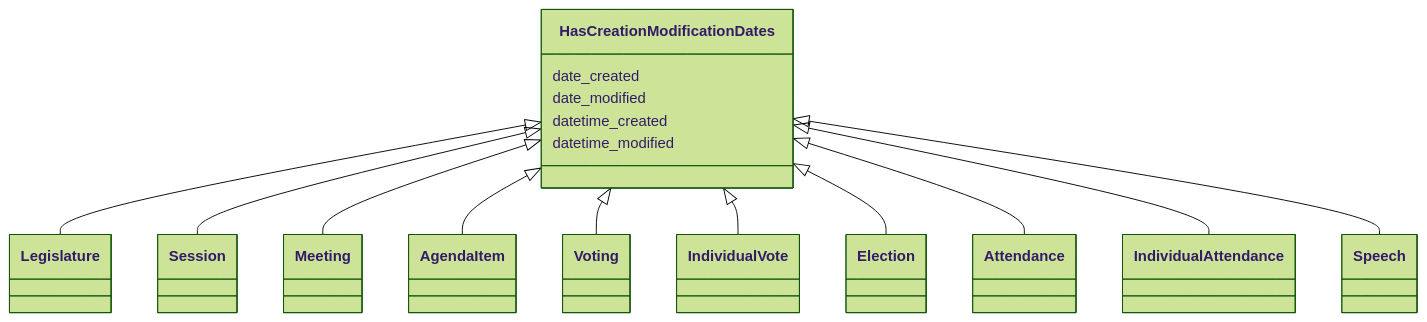
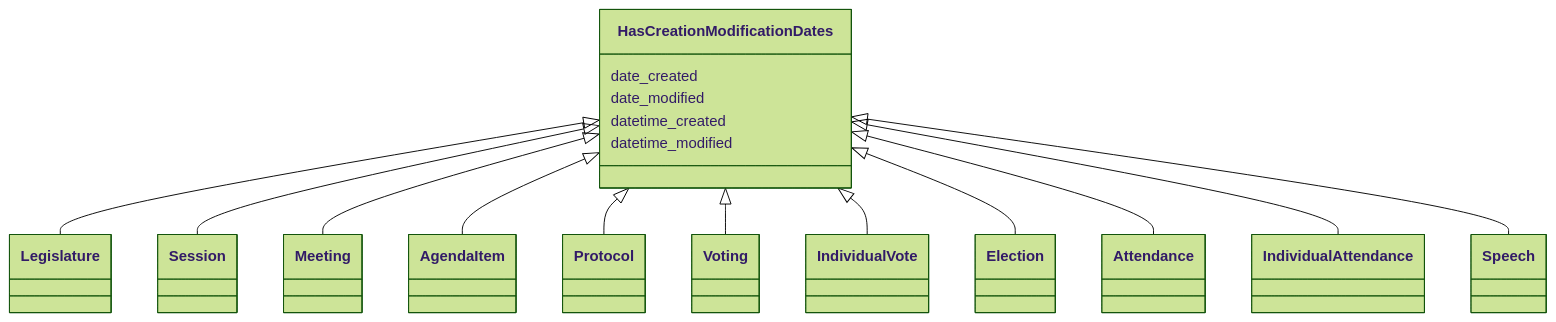
Before and after one commit to swiss/political-affairs-ech-group: the diagram in ech-0293_operations/output/docs/HasCreationModificationDates.md, drawn with Mermaid (forest theme). The commit also changed other lines of this file and 78 other files, not shown here.

````diff
--- a/ech-0293_operations/output/docs/HasCreationModificationDates.md
+++ b/ech-0293_operations/output/docs/HasCreationModificationDates.md
@@ -27,35 +25,37 @@
 ```mermaid
  classDiagram
     class HasCreationModificationDates
     click HasCreationModificationDates href "../HasCreationModificationDates/"
       HasCreationModificationDates <|-- Legislature
         click Legislature href "../Legislature/"
       HasCreationModificationDates <|-- Session
         click Session href "../Session/"
       HasCreationModificationDates <|-- Meeting
         click Meeting href "../Meeting/"
       HasCreationModificationDates <|-- AgendaItem
         click AgendaItem href "../AgendaItem/"
+      HasCreationModificationDates <|-- Protocol
+        click Protocol href "../Protocol/"
       HasCreationModificationDates <|-- Voting
         click Voting href "../Voting/"
       HasCreationModificationDates <|-- IndividualVote
         click IndividualVote href "../IndividualVote/"
       HasCreationModificationDates <|-- Election
         click Election href "../Election/"
       HasCreationModificationDates <|-- Attendance
         click Attendance href "../Attendance/"
       HasCreationModificationDates <|-- IndividualAttendance
         click IndividualAttendance href "../IndividualAttendance/"
       HasCreationModificationDates <|-- Speech
         click Speech href "../Speech/"
       
       HasCreationModificationDates : date_created
         
       HasCreationModificationDates : date_modified
         
       HasCreationModificationDates : datetime_created
         
       HasCreationModificationDates : datetime_modified
         
       
 ```
````
